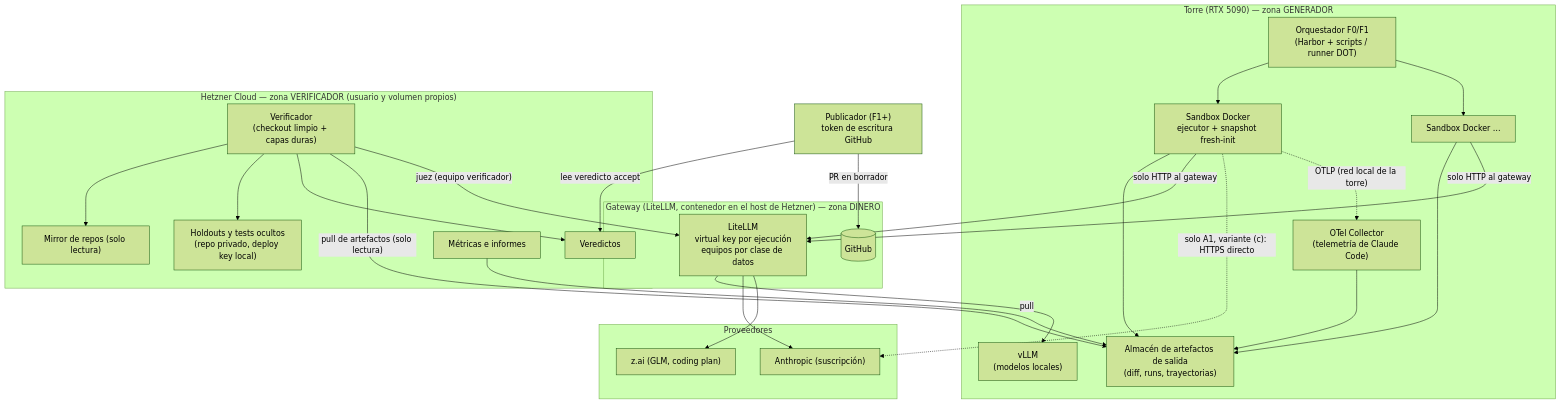
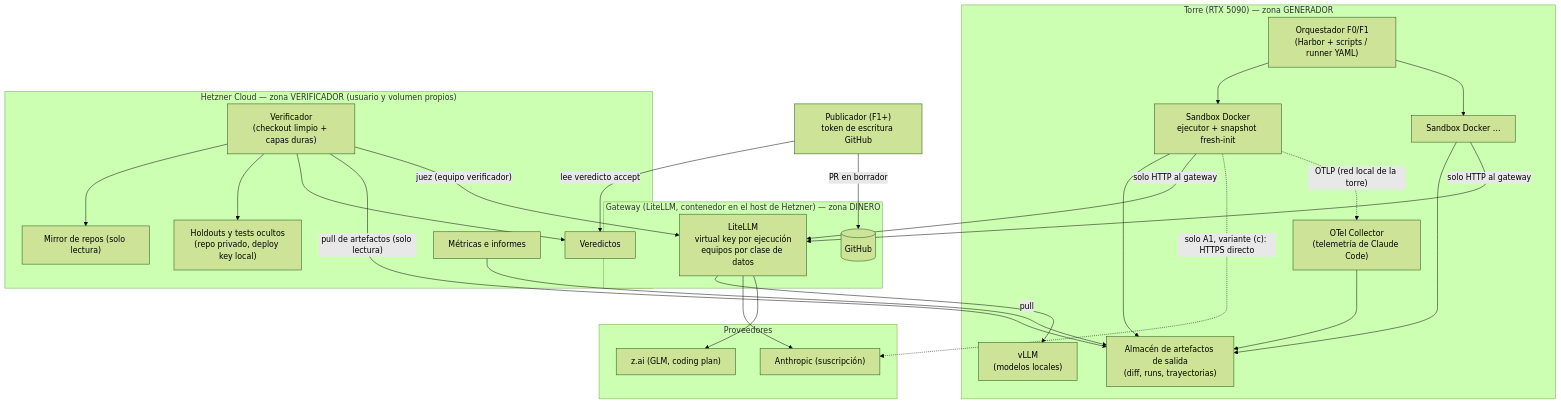
The first of 3 diagrams in docs/02-architecture.md (romerox3/software-factory), drawn with Mermaid (forest theme) before and after one commit. The commit also changed other lines of this file and 6 other files, not shown here.

First line of the commit message:
docs: pipelines become own YAML with JSON Schema (thesis 8)

````diff
--- a/docs/02-architecture.md
+++ b/docs/02-architecture.md
@@ -21,40 +21,40 @@
 ```mermaid
 flowchart TB
   subgraph TORRE["Torre (RTX 5090) — zona GENERADOR"]
-    ORQ["Orquestador F0/F1<br/>(Harbor + scripts / runner DOT)"]
+    ORQ["Orquestador F0/F1<br/>(Harbor + scripts / runner YAML)"]
     SB1["Sandbox Docker<br/>ejecutor + snapshot fresh-init"]
     SB2["Sandbox Docker …"]
     VLLM["vLLM<br/>(modelos locales)"]
     ART["Almacén de artefactos de salida<br/>(diff, runs, trayectorias)"]
     OTEL["OTel Collector<br/>(telemetría de Claude Code)"]
     ORQ --> SB1 & SB2
     SB1 & SB2 --> ART
     OTEL --> ART
   end
   subgraph GW["Gateway (LiteLLM, contenedor en el host de Hetzner) — zona DINERO"]
     LL["LiteLLM<br/>virtual key por ejecución<br/>equipos por clase de datos"]
   end
   subgraph HZ["Hetzner Cloud — zona VERIFICADOR (usuario y volumen propios)"]
     VER["Verificador<br/>(checkout limpio + capas duras)"]
     MIR["Mirror de repos (solo lectura)"]
     HOLD["Holdouts y tests ocultos<br/>(repo privado, deploy key local)"]
     VERD["Veredictos"]
     REP["Métricas e informes"]
     VER --> MIR & HOLD
     VER --> VERD
   end
   subgraph EXT["Proveedores"]
     ANT["Anthropic (suscripción)"]
     ZAI["z.ai (GLM, coding plan)"]
   end
   SB1 & SB2 -- "solo HTTP al gateway" --> LL
   SB1 -. "solo A1, variante (c): HTTPS directo" .-> ANT
   LL --> VLLM
   LL --> ANT & ZAI
   VER -- "pull de artefactos (solo lectura)" --> ART
   VER -- "juez (equipo verificador)" --> LL
   SB1 -. "OTLP (red local de la torre)" .-> OTEL
   REP -- "pull" --> ART
   PUB["Publicador (F1+)<br/>token de escritura GitHub"] -- "lee veredicto accept" --> VERD
   PUB -- "PR en borrador" --> GH[(GitHub)]
 ```
````
